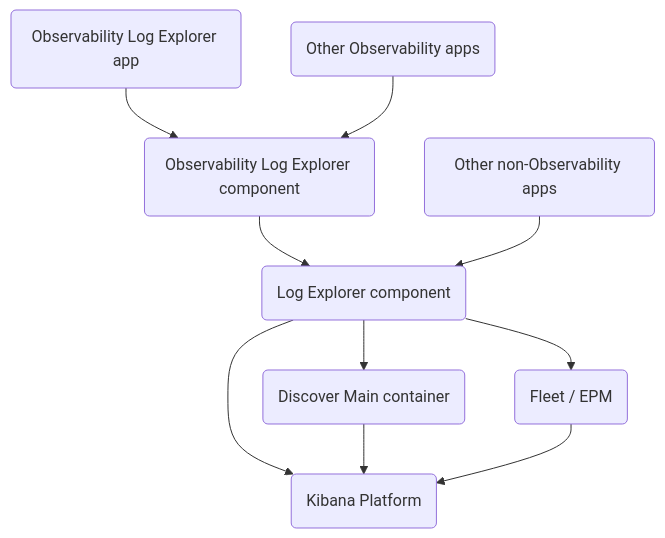
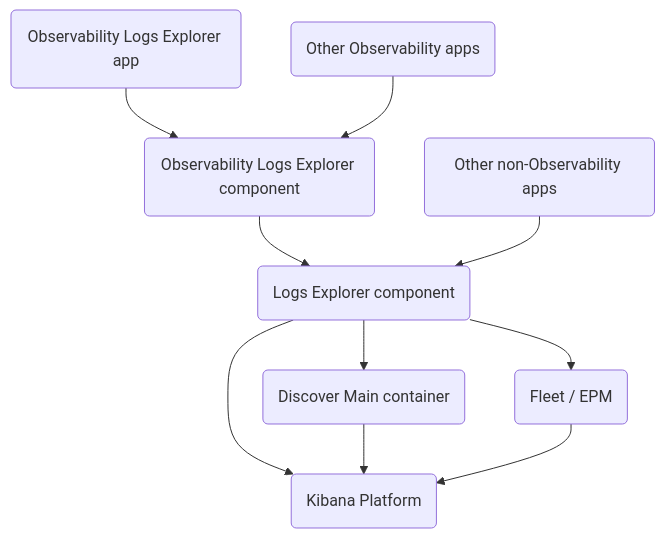
One commit to patrykkopycinski/kibana changed the diagram in x-pack/plugins/observability_solution/logs_explorer/README.md. Above: the diagram before and after it, drawn with Mermaid. The commit also changed other lines of this file and 63 other files, not shown here.

First line of the commit message:
[Logs Explorer] Rename test subjects and page objects (#175711)

````diff
--- a/x-pack/plugins/observability_solution/logs_explorer/README.md
+++ b/x-pack/plugins/observability_solution/logs_explorer/README.md
@@ -20,22 +20,22 @@
 ```mermaid
 flowchart TD
 
-obs_log_explorer_app(Observability Log Explorer app)
+obs_log_explorer_app(Observability Logs Explorer app)
 obs_apps(Other Observability apps)
-obs_log_explorer_component(Observability Log Explorer component)
+obs_log_explorer_component(Observability Logs Explorer component)
 other_apps(Other non-Observability apps)
-log_explorer_component(Log Explorer component)
+log_explorer_component(Logs Explorer component)
 platform(Kibana Platform)
 discover(Discover Main container)
 fleet(Fleet / EPM)
 
 obs_log_explorer_app --> obs_log_explorer_component
 obs_apps --> obs_log_explorer_component
 obs_log_explorer_component --> log_explorer_component
 other_apps --> log_explorer_component
 log_explorer_component --> discover
 log_explorer_component --> platform
 log_explorer_component --> fleet
 discover --> platform
 fleet --> platform
 ```
````
